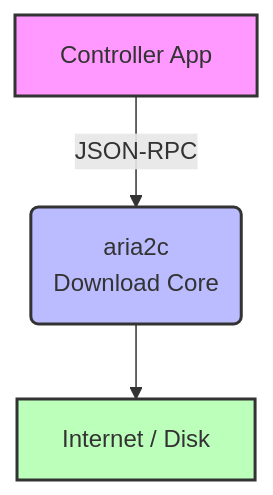
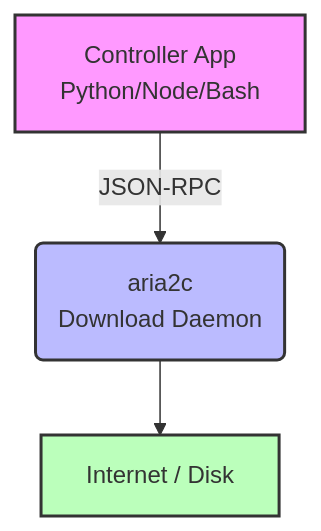
Before and after one commit to PrithvirajSinghChauhan8444/HermesLink: the first of 5 diagrams in src/research/aria2_routing.md, drawn with Mermaid. The commit also changed other lines of this file, not shown here.

````diff
--- a/src/research/aria2_routing.md
+++ b/src/research/aria2_routing.md
@@ -48,8 +48,9 @@
 ```mermaid
 graph TD
-    A[Controller App] -->|JSON-RPC| B(aria2c<br>Download Core)
+    A[Controller App<br>Python/Node/Bash] -->|JSON-RPC| B(aria2c<br>Download Daemon)
     B --> C[Internet / Disk]
+
     style A fill:#f9f,stroke:#333,stroke-width:2px
     style B fill:#bbf,stroke:#333,stroke-width:2px
     style C fill:#bfb,stroke:#333,stroke-width:2px
 ```
````
